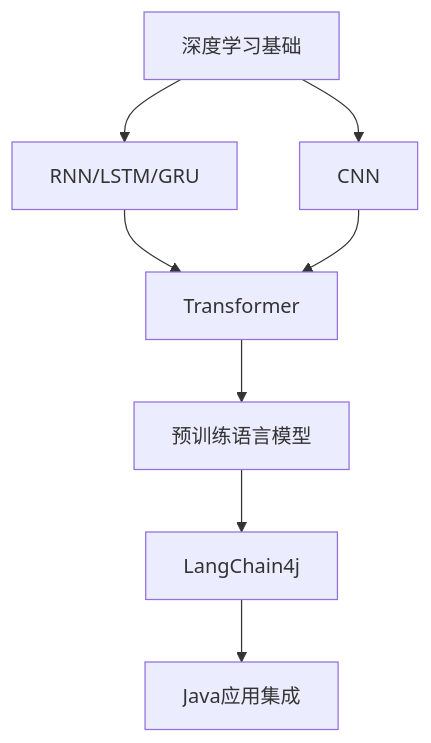
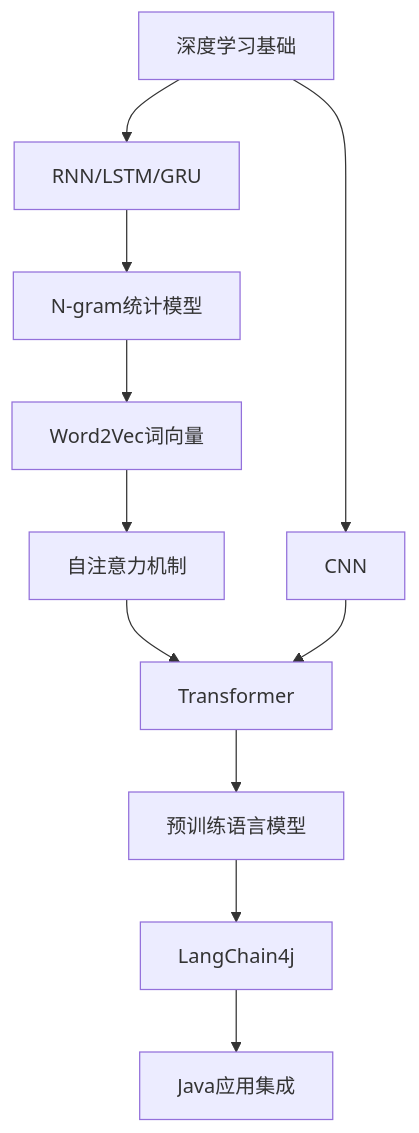
The seventh of 7 diagrams in .qoder/repowiki/zh/content/大语言模型系统/大语言模型系统.md (Running0-0/java-ai-path), drawn with Mermaid before and after one commit. The commit also changed other lines of this file and 57 other files, not shown here.

````diff
--- a/.qoder/repowiki/zh/content/大语言模型系统/大语言模型系统.md
+++ b/.qoder/repowiki/zh/content/大语言模型系统/大语言模型系统.md
@@ -270,10 +385,13 @@
 ```mermaid
 graph TB
 DL["深度学习基础"] --> RNN["RNN/LSTM/GRU"]
 DL --> CNN["CNN"]
-RNN --> Trans["Transformer"]
+RNN --> Ngram["N-gram统计模型"]
+Ngram --> Word2Vec["Word2Vec词向量"]
+Word2Vec --> Attn["自注意力机制"]
+Attn --> Trans["Transformer"]
 CNN --> Trans
 Trans --> LLM["预训练语言模型"]
 LLM --> LC4j["LangChain4j"]
 LC4j --> APP["Java应用集成"]
 ```
````
